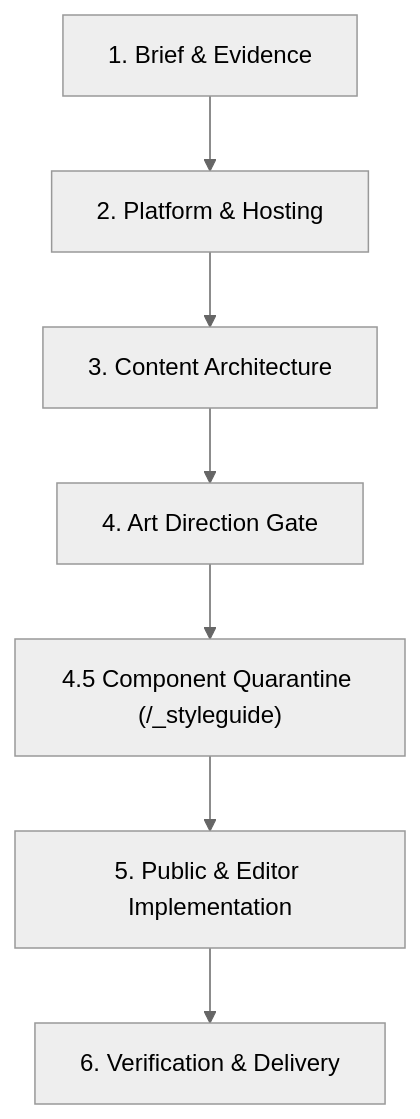
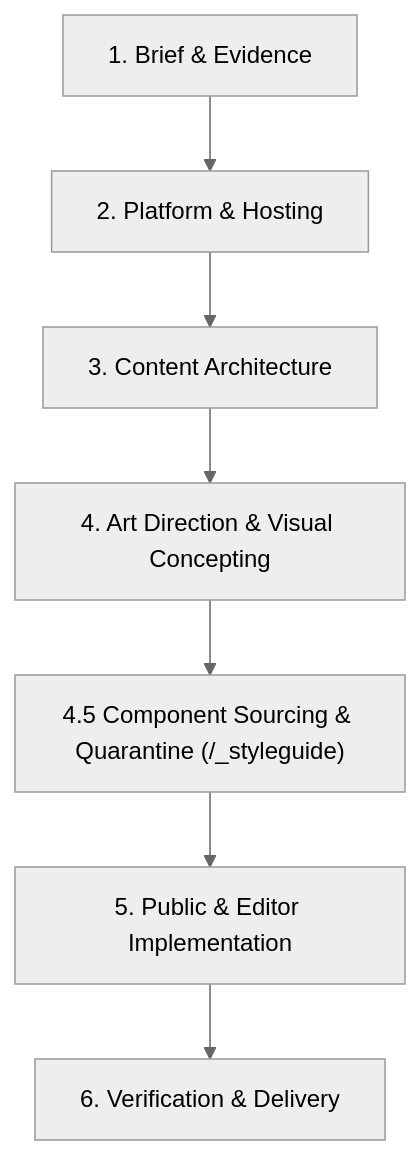
The diagram in docs/site-delivery-workflow.md (Vermeulen-Solutions/baseline), drawn with Mermaid (neutral theme) before and after one commit. The commit also changed other lines of this file and 10 other files, not shown here.

Commit message:
docs(design): integrate designmd.ai, 21st.dev component quarantine, and Stage 4 capability workflow

````diff
--- a/docs/site-delivery-workflow.md
+++ b/docs/site-delivery-workflow.md
@@ -9,9 +9,9 @@
 ```mermaid
 flowchart TD
     S1["1. Brief & Evidence"] --> S2["2. Platform & Hosting"]
     S2 --> S3["3. Content Architecture"]
-    S3 --> S4["4. Art Direction Gate"]
-    S4 --> S45["4.5 Component Quarantine (/_styleguide)"]
+    S3 --> S4["4. Art Direction & Visual Concepting"]
+    S4 --> S45["4.5 Component Sourcing & Quarantine (/_styleguide)"]
     S45 --> S5["5. Public & Editor Implementation"]
     S5 --> S6["6. Verification & Delivery"]
 ```
````
